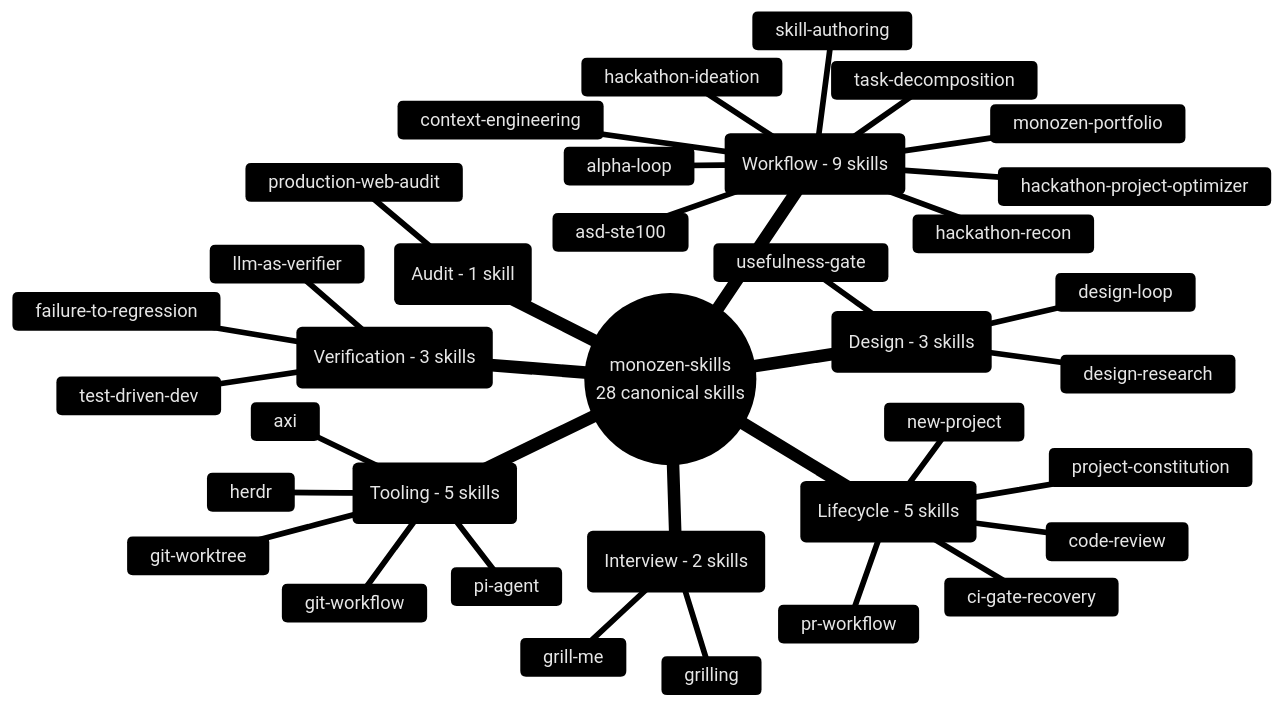
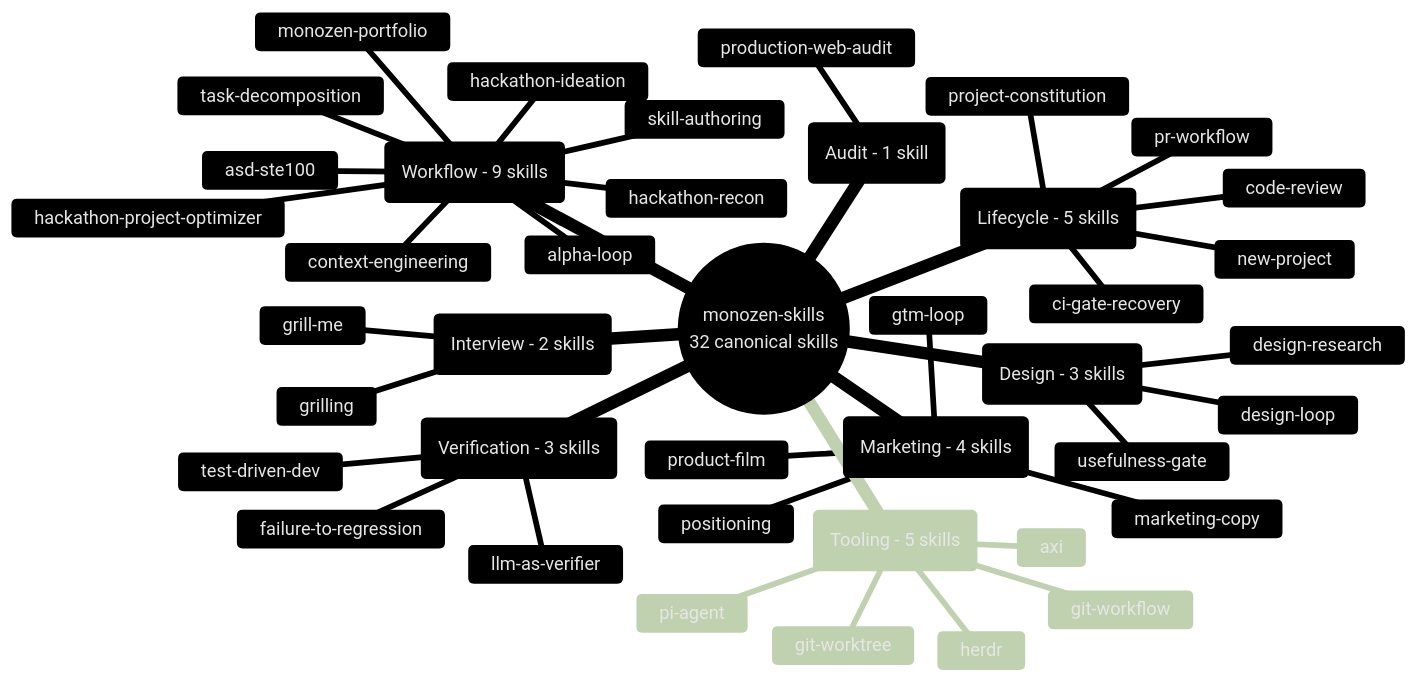
One commit to 8-BitRhyon/monozen-skills changed the diagram in assets/skill-taxonomy.mmd. Above: the diagram before and after it, drawn with Mermaid. The commit also changed 35 other files, not shown here.

First line of the commit message:
feat(skills): add the marketing pipeline and product-film skill (#37)

```diff
--- a/assets/skill-taxonomy.mmd
+++ b/assets/skill-taxonomy.mmd
@@ -1,39 +1,44 @@
 %%{init: {'theme': 'base', 'themeVariables': {'primaryColor': '#1a1a2e', 'primaryTextColor': '#e6e6e6', 'primaryBorderColor': '#8b7eff', 'lineColor': '#5a5a8a', 'secondaryColor': '#12132b', 'tertiaryColor': '#0b0c15', 'fontFamily': 'Inter, system-ui, sans-serif'}}}%%
 
 mindmap
-  root((monozen-skills<br/>28 canonical skills))
+  root((monozen-skills<br/>32 canonical skills))
     ::_(Lifecycle - 5 skills)
       new-project
       project-constitution
       code-review
       pr-workflow
       ci-gate-recovery
     ::_(Verification - 3 skills)
       test-driven-dev
       failure-to-regression
       llm-as-verifier
     ::_(Interview - 2 skills)
       grill-me
       grilling
     ::_(Workflow - 9 skills)
       alpha-loop
       asd-ste100
       hackathon-ideation
       hackathon-project-optimizer
       hackathon-recon
       monozen-portfolio
       task-decomposition
       context-engineering
       skill-authoring
     ::_(Design - 3 skills)
       design-loop
       design-research
       usefulness-gate
+    ::_(Marketing - 4 skills)
+      gtm-loop
+      marketing-copy
+      positioning
+      product-film
     ::_(Audit - 1 skill)
       production-web-audit
     ::_(Tooling - 5 skills)
       axi
       pi-agent
       herdr
       git-worktree
       git-workflow
```
